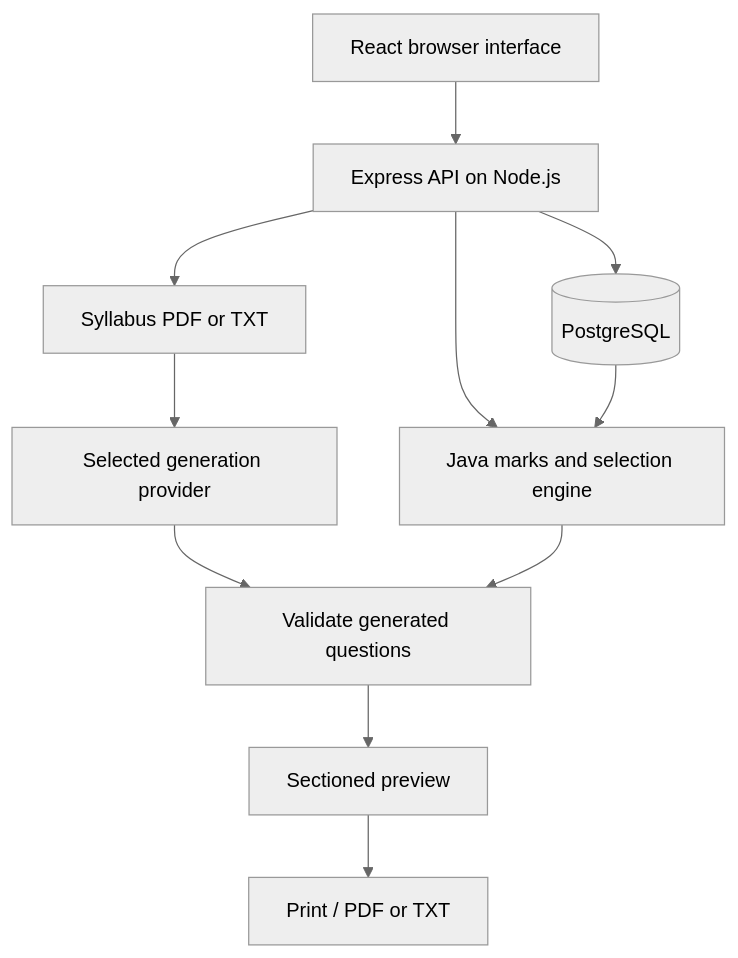
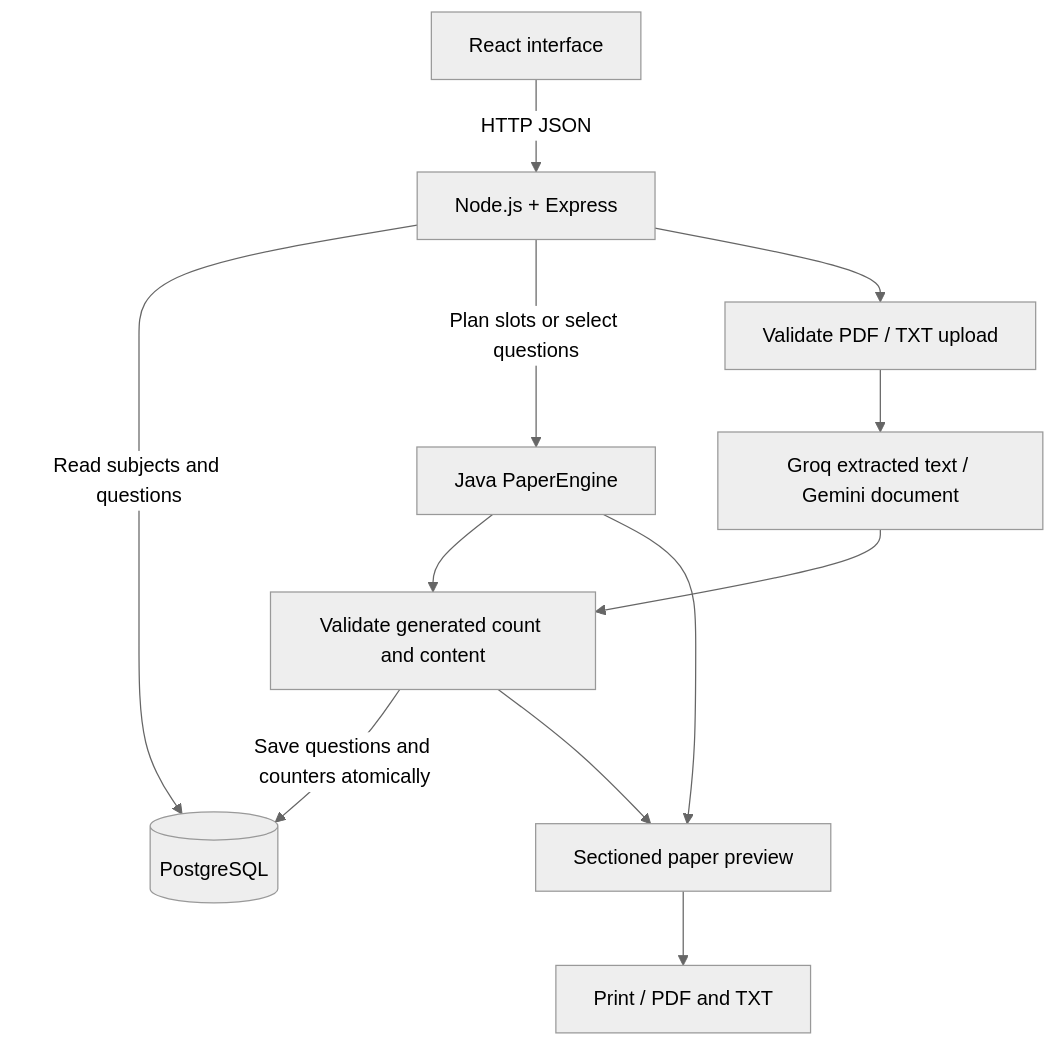
The second of 2 diagrams in README.md (irfanshafi21/mini-project), drawn with Mermaid (neutral theme) before and after one commit. The commit also changed other lines of this file, not shown here.

Commit message:
Redesign README with complete setup, workflows and architecture

````diff
--- a/README.md
+++ b/README.md
@@ -110,13 +80,14 @@
 ```mermaid
 flowchart TD
-    UI[React browser interface] --> API[Express API on Node.js]
-    API --> DB[(PostgreSQL)]
-    API --> JAVA[Java marks and selection engine]
-    API --> SOURCE[Syllabus PDF or TXT]
-    SOURCE --> AI[Selected generation provider]
-    AI --> VALIDATE[Validate generated questions]
-    JAVA --> VALIDATE
-    DB --> JAVA
-    VALIDATE --> PAPER[Sectioned preview]
-    PAPER --> EXPORT[Print / PDF or TXT]
+    UI[React interface] -->|HTTP JSON| API[Node.js + Express]
+    API -->|Read subjects and questions| DB[(PostgreSQL)]
+    API -->|Plan slots or select questions| JAVA[Java PaperEngine]
+    API --> FILE[Validate PDF / TXT upload]
+    FILE --> PROVIDER[Groq extracted text / Gemini document]
+    JAVA --> VALIDATE[Validate generated count and content]
+    PROVIDER --> VALIDATE
+    VALIDATE -->|Save questions and counters atomically| DB
+    JAVA --> PREVIEW[Sectioned paper preview]
+    VALIDATE --> PREVIEW
+    PREVIEW --> EXPORT[Print / PDF and TXT]
 ```
````
